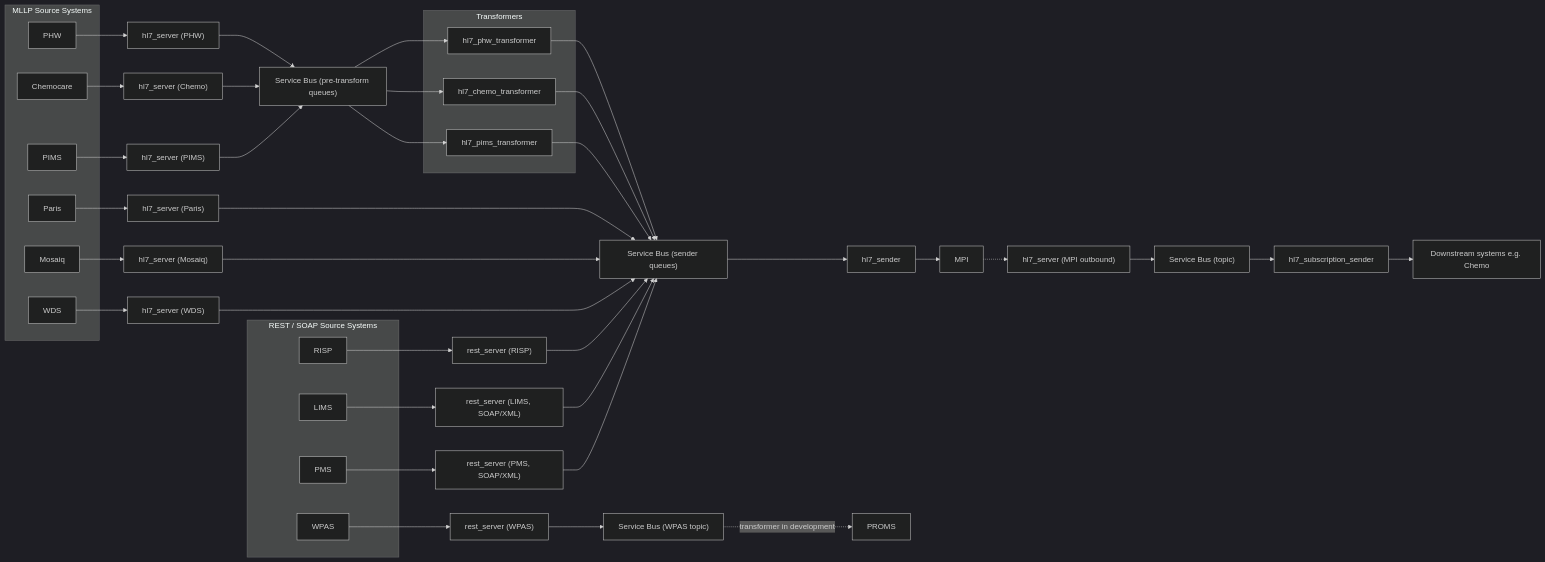
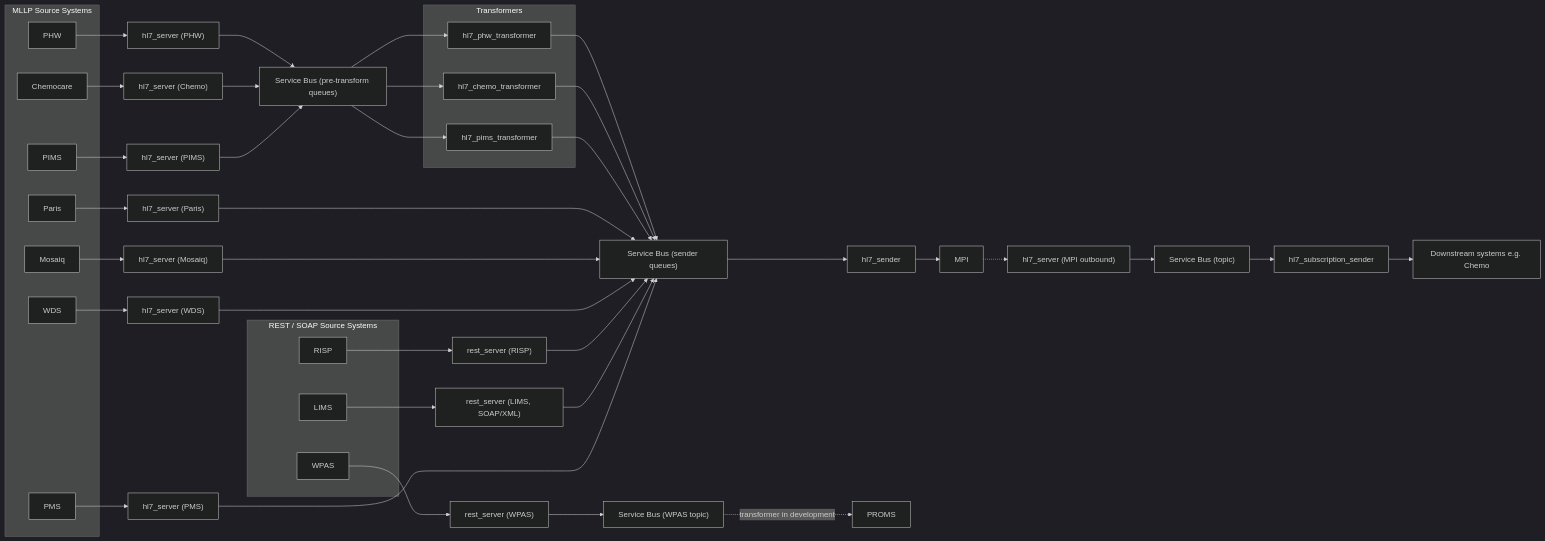
One commit to DHCW-Digital-Health-and-Care-Wales/Integration-Hub-Beta changed the diagram in README.md. Above: the diagram before and after it, drawn with Mermaid (dark theme). The commit also changed other lines of this file and 14 other files, not shown here.

First line of the commit message:
feat(inthub/617652): replace PMS SOAP receiver with hl7_server (MLLP)

````diff
--- a/README.md
+++ b/README.md
@@ -52,66 +52,66 @@
 ```mermaid
 flowchart LR
   subgraph MLLP_Sources["MLLP Source Systems"]
     PHW[PHW]
     PARIS[Paris]
     CHEMO[Chemocare]
     PIMSSRC[PIMS]
+    PMS[PMS]
     MOSAIQ[Mosaiq]
     WDS[WDS]
   end
 
   subgraph REST_SOAP_Sources["REST / SOAP Source Systems"]
     RISP[RISP]
     LIMS[LIMS]
-    PMS[PMS]
     WPAS[WPAS]
   end
 
   PHW --> S_PHW["hl7_server (PHW)"]
   PARIS --> S_PARIS["hl7_server (Paris)"]
   CHEMO --> S_CHEMO["hl7_server (Chemo)"]
   PIMSSRC --> S_PIMS["hl7_server (PIMS)"]
+  PMS --> S_PMS["hl7_server (PMS)"]
   MOSAIQ --> S_MOSAIQ["hl7_server (Mosaiq)"]
   WDS --> S_WDS["hl7_server (WDS)"]
 
   RISP --> S_RISP["rest_server (RISP)"]
   LIMS --> S_LIMS["rest_server (LIMS, SOAP/XML)"]
-  PMS --> S_PMS["rest_server (PMS, SOAP/XML)"]
   WPAS --> S_WPAS["rest_server (WPAS)"]
 
   S_PHW --> SB["Service Bus (pre-transform queues)"]
   S_CHEMO --> SB
   S_PIMS --> SB
 
   subgraph Transformers
     T_PHW["hl7_phw_transformer"]
     T_CHEMO["hl7_chemo_transformer"]
     T_PIMS["hl7_pims_transformer"]
   end
 
   SB --> T_PHW
   SB --> T_CHEMO
   SB --> T_PIMS
 
   T_PHW --> SB2["Service Bus (sender queues)"]
   T_CHEMO --> SB2
   T_PIMS --> SB2
 
   S_PARIS --> SB2
   S_MOSAIQ --> SB2
   S_WDS --> SB2
   S_RISP --> SB2
   S_LIMS --> SB2
   S_PMS --> SB2
 
   SB2 --> SENDER["hl7_sender"]
   SENDER --> MPI["MPI"]
 
   S_WPAS --> SB3["Service Bus (WPAS topic)"]
   SB3 -. "transformer in development" .-> PROMS["PROMS"]
 
   MPI -.-> S_MPI["hl7_server (MPI outbound)"]
   S_MPI --> SB4["Service Bus (topic)"]
   SB4 --> SUBSENDER["hl7_subscription_sender"]
   SUBSENDER --> DOWNSTREAM["Downstream systems e.g. Chemo"]
 ```
````
